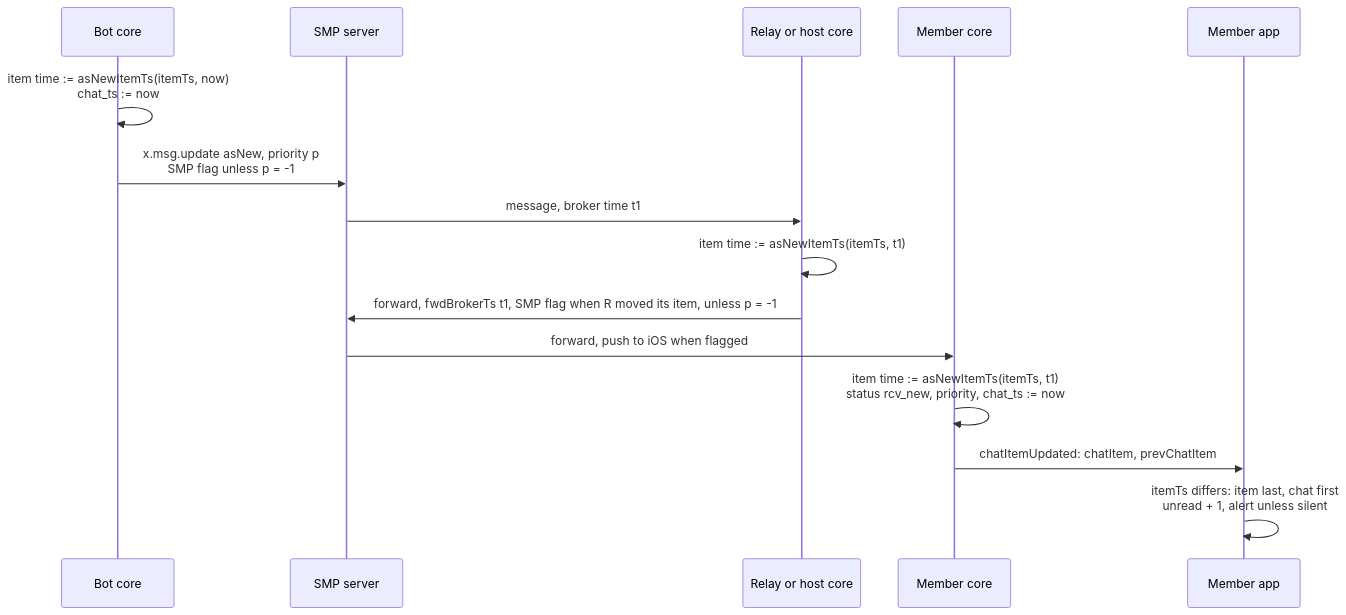
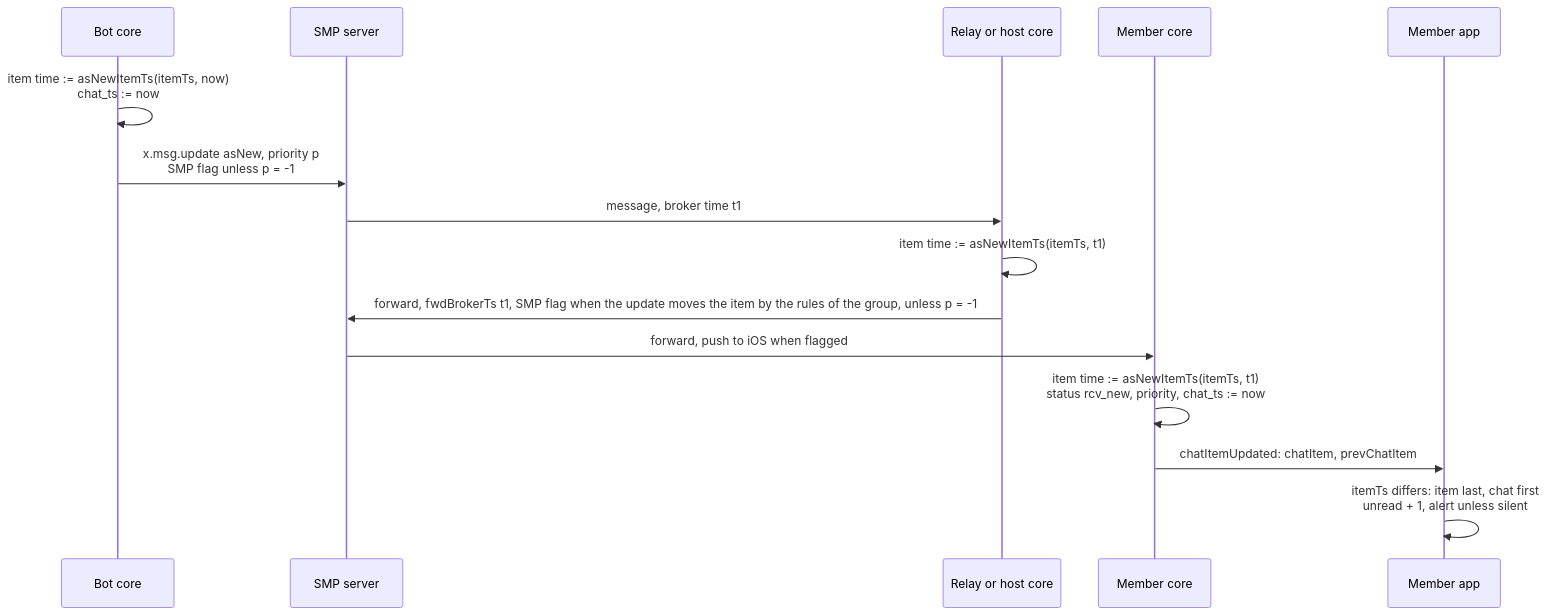
Before and after one commit to simplex-chat/simplex-chat: the third of 7 diagrams in plans/2026-11-21-update-as-new.md, drawn with Mermaid. The commit also changed other lines of this file and 1 other file, not shown here.

Commit message:
plans: forwarders decide by the group's rules, not their own copy

````diff
--- a/plans/2026-11-21-update-as-new.md
+++ b/plans/2026-11-21-update-as-new.md
@@ -162,17 +165,17 @@
 ```mermaid
 sequenceDiagram
   participant B as Bot core
   participant S as SMP server
   participant R as Relay or host core
   participant C as Member core
   participant A as Member app
   B->>B: item time := asNewItemTs(itemTs, now)<br>chat_ts := now
   B->>S: x.msg.update asNew, priority p<br>SMP flag unless p = -1
   S->>R: message, broker time t1
   R->>R: item time := asNewItemTs(itemTs, t1)
-  R->>S: forward, fwdBrokerTs t1, SMP flag when R moved its item, unless p = -1
+  R->>S: forward, fwdBrokerTs t1, SMP flag when the update moves the item by the rules of the group, unless p = -1
   S->>C: forward, push to iOS when flagged
   C->>C: item time := asNewItemTs(itemTs, t1)<br>status rcv_new, priority, chat_ts := now
   C->>A: chatItemUpdated: chatItem, prevChatItem
   A->>A: itemTs differs: item last, chat first<br>unread + 1, alert unless silent
 ```
````
